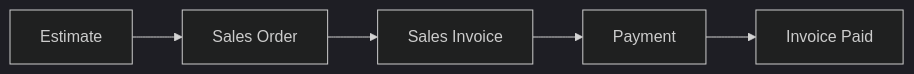
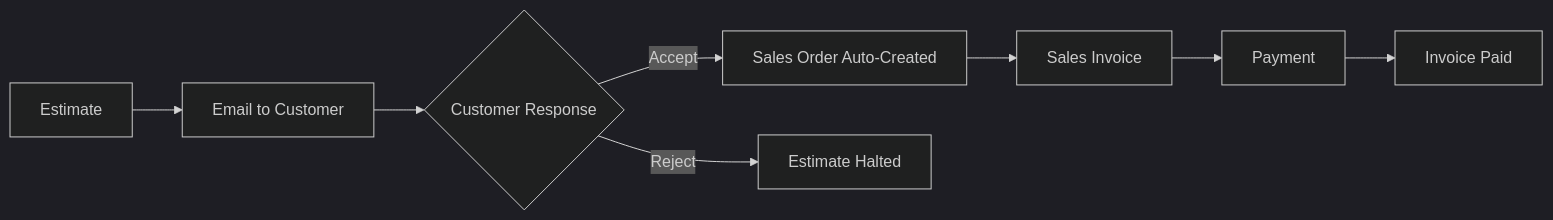
Before and after one commit to saintlionelpraveen/Idli-Book: the first of 2 diagrams in docs/complete_documentation.md, drawn with Mermaid (dark theme). The commit also changed other lines of this file and 5 other files, not shown here.

````diff
--- a/docs/complete_documentation.md
+++ b/docs/complete_documentation.md
@@ -902,7 +1344,10 @@
 ```mermaid
 graph LR
-    A[Estimate] --> B[Sales Order]
-    B --> C[Sales Invoice]
-    C --> D[Payment]
-    D --> E[Invoice Paid]
+    A[Estimate] --> B[Email to Customer]
+    B --> C{Customer Response}
+    C -->|Accept| D[Sales Order Auto-Created]
+    C -->|Reject| E[Estimate Halted]
+    D --> F[Sales Invoice]
+    F --> G[Payment]
+    G --> H[Invoice Paid]
 ```
````
